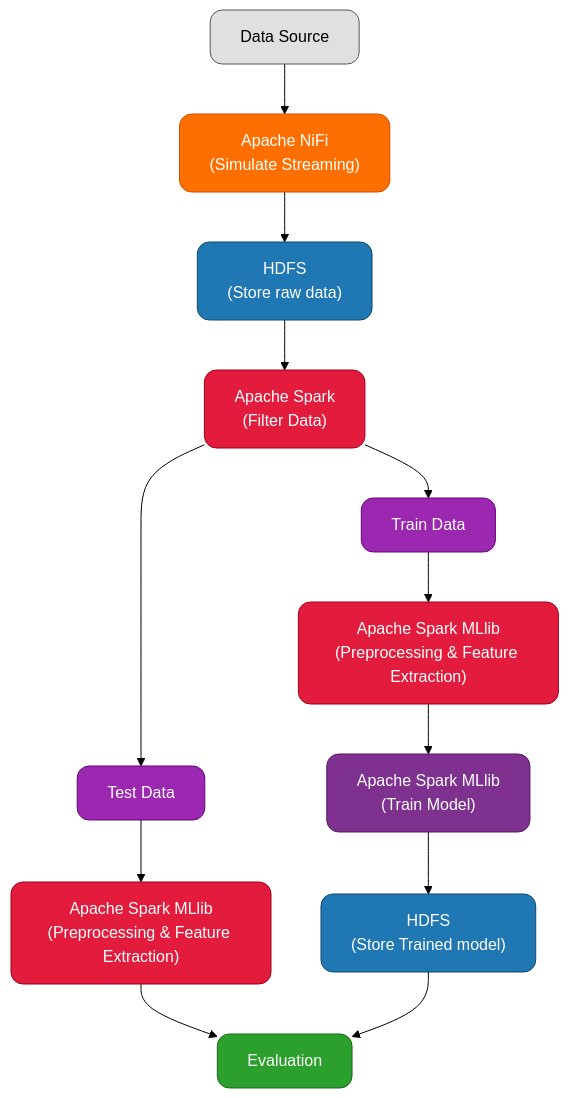
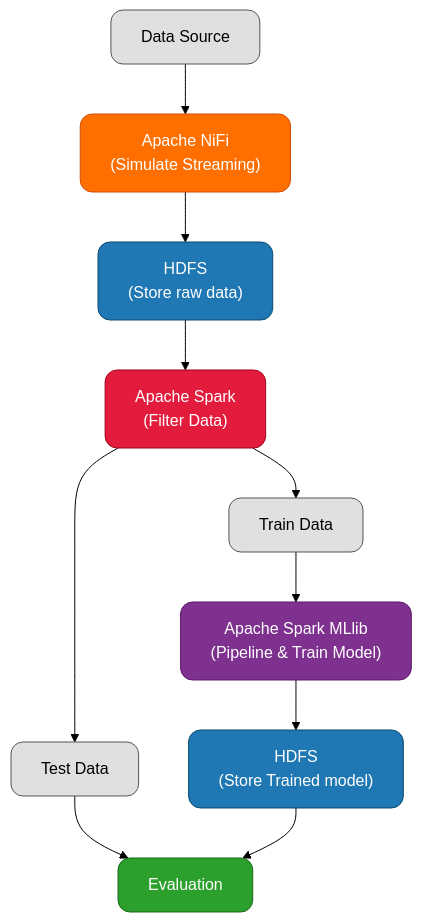
One commit to rafyakbar/big-data-stack changed the diagram in README.md. Above: the diagram before and after it, drawn with Mermaid (forest theme).

````diff
--- a/README.md
+++ b/README.md
@@ -1,40 +1,37 @@
 ```mermaid
 flowchart TD
     %% Definisi gaya warna berdasarkan komponen
     classDef source fill:#e0e0e0,stroke:#555,color:#000,rx:12,ry:12;
     classDef nifi fill:#ff6f00,stroke:#d14d00,color:#fff,rx:12,ry:12;
     classDef hdfs fill:#1f77b4,stroke:#0d4a6b,color:#fff,rx:12,ry:12;
     classDef spark fill:#e31c3d,stroke:#a0001a,color:#fff,rx:12,ry:12;
     classDef mllib fill:#7e318e,stroke:#5a1a66,color:#fff,rx:12,ry:12;
     classDef viz fill:#2ca02c,stroke:#1b661b,color:#fff,rx:12,ry:12;
     classDef eda fill:#ff9800,stroke:#d16e00,color:#fff,rx:12,ry:12;
     classDef intermediate fill:#9c27b0,stroke:#6a0080,color:#fff,rx:12,ry:12;
 
     A[Data Source] --> B["Apache NiFi<br>(Simulate Streaming)"]
     B --> C["HDFS<br>(Store raw data)"]
     C --> D["Apache Spark<br>(Filter Data)"]
 
     %% Cabang Train
     D --> H1["Train Data"]
-    H1 --> I1["Apache Spark MLlib<br>(Preprocessing & Feature Extraction)"]
-    I1 --> K["Apache Spark MLlib<br>(Train Model)"]
+    H1 --> K["Apache Spark MLlib<br>(Pipeline & Train Model)"]
     K --> L["HDFS<br>(Store Trained model)"]
 
     %% Cabang Test
     D --> H2["Test Data"]
-    H2 --> I2["Apache Spark MLlib<br>(Preprocessing & Feature Extraction)"]
 
     %% Gabungan untuk evaluasi
-    I2 --> M["Evaluation"]
+    H2 --> M["Evaluation"]
     L --> M
 
     %% Terapkan kelas warna
     class A source;
     class B nifi;
     class C,L hdfs;
-    class D,I1,I2 spark;
+    class D spark;
     class K mllib;
     class M viz;
-    class H1,H2 intermediate;
-
+    class H1,H2 source;
 ```
````
